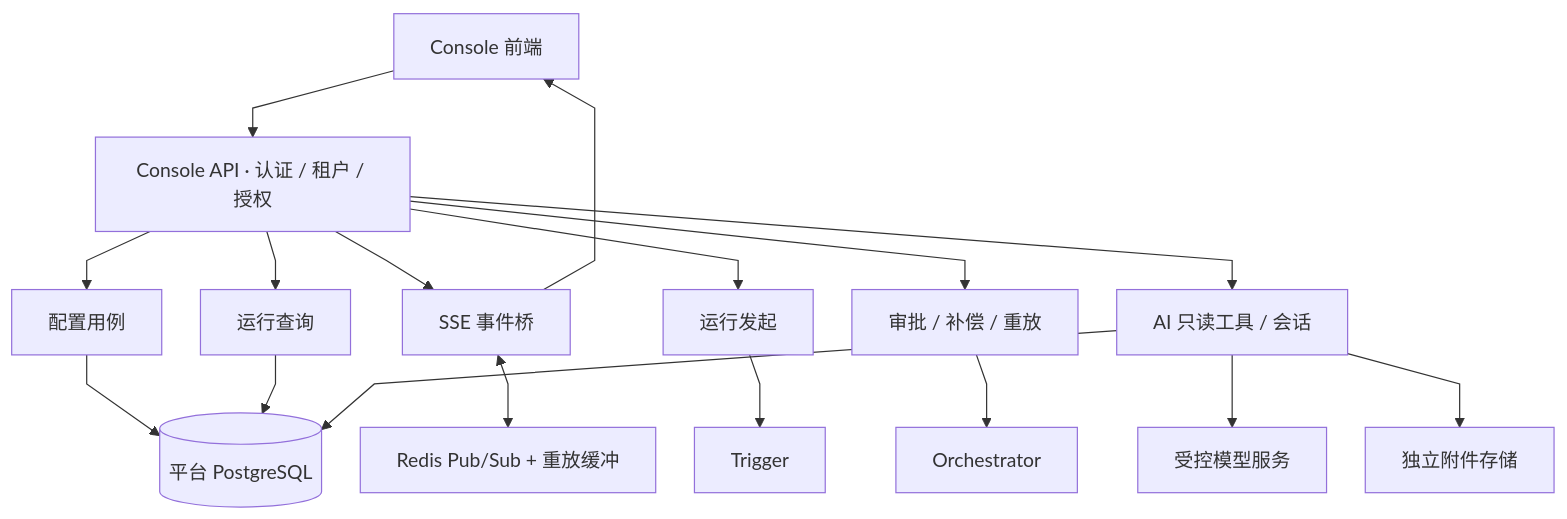
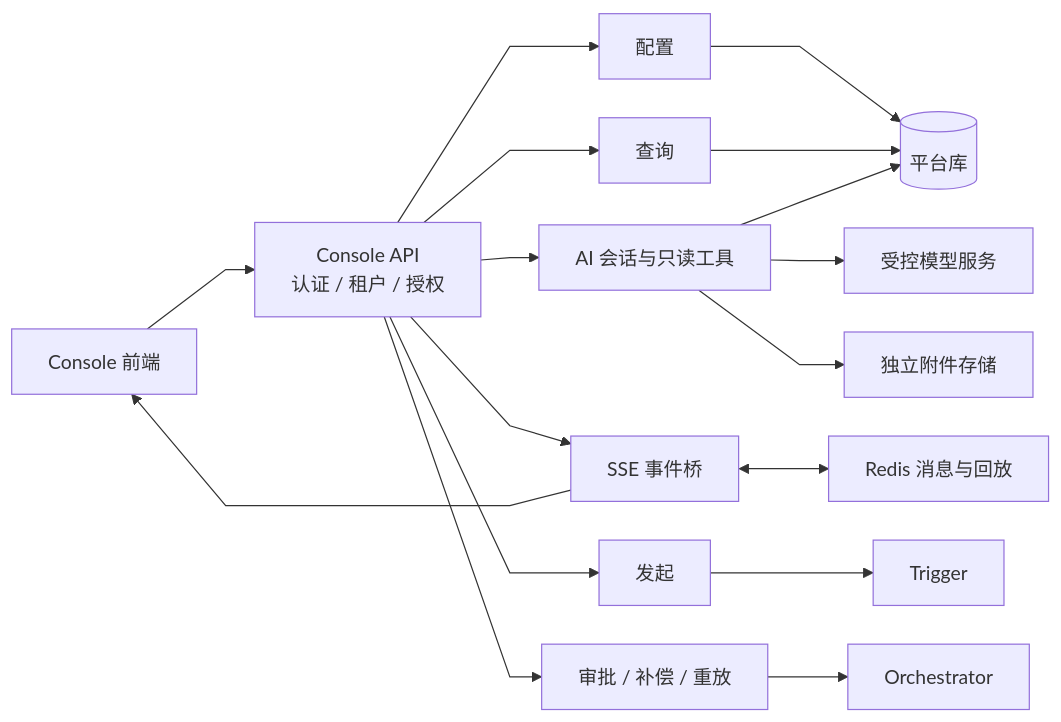
The third of 25 diagrams in docs/architecture/system-flow-overview.md (pinpols/file-batch-system), drawn with Mermaid before and after one commit. The commit also changed other lines of this file and 11 other files, not shown here.

````diff
--- a/docs/architecture/system-flow-overview.md
+++ b/docs/architecture/system-flow-overview.md
@@ -81,16 +79,16 @@
 ```mermaid
 %%{init: {"flowchart":{"curve":"linear","nodeSpacing":32,"rankSpacing":48},"sequence":{"mirrorActors":false}}}%%
-flowchart TB
-  U["Console 前端"] --> C["Console API · 认证 / 租户 / 授权"]
-  C --> CFG["配置用例"] --> DB[("平台 PostgreSQL")]
-  C --> Q["运行查询"] --> DB
+flowchart LR
+  U["Console 前端"] --> C["Console API<br/>认证 / 租户 / 授权"]
+  C --> CFG["配置"] --> DB[("平台库")]
+  C --> Q["查询"] --> DB
+  C --> AI["AI 会话与只读工具"]
+  AI --> DB
+  AI --> M["受控模型服务"]
+  AI --> A["独立附件存储"]
   C --> RT["SSE 事件桥"]
-  RT <--> R["Redis Pub/Sub + 重放缓冲"]
+  RT <--> R["Redis 消息与回放"]
   RT --> U
-  C --> L["运行发起"] --> T["Trigger"]
+  C --> L["发起"] --> T["Trigger"]
   C --> OPS["审批 / 补偿 / 重放"] --> O["Orchestrator"]
-  C --> AI["AI 只读工具 / 会话"]
-  AI --> DB
-  AI --> P["受控模型服务"]
-  AI --> A["独立附件存储"]
 ```
````
